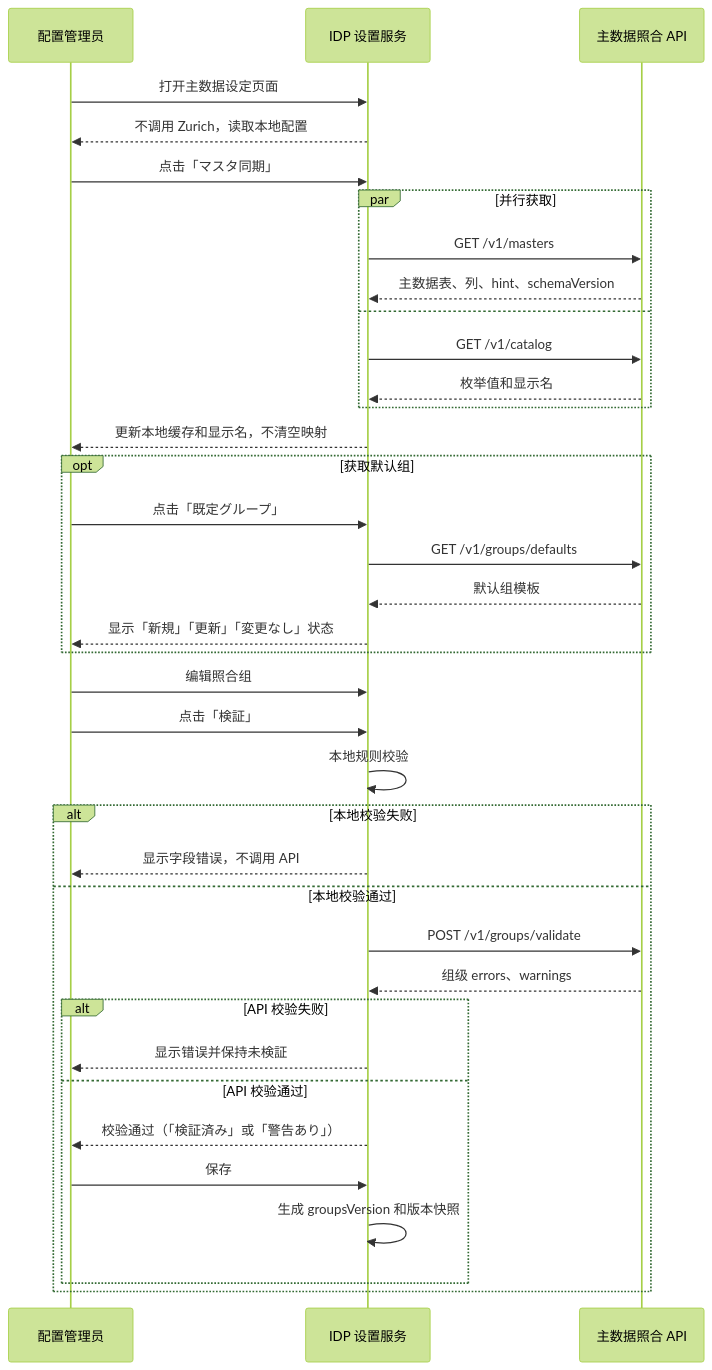
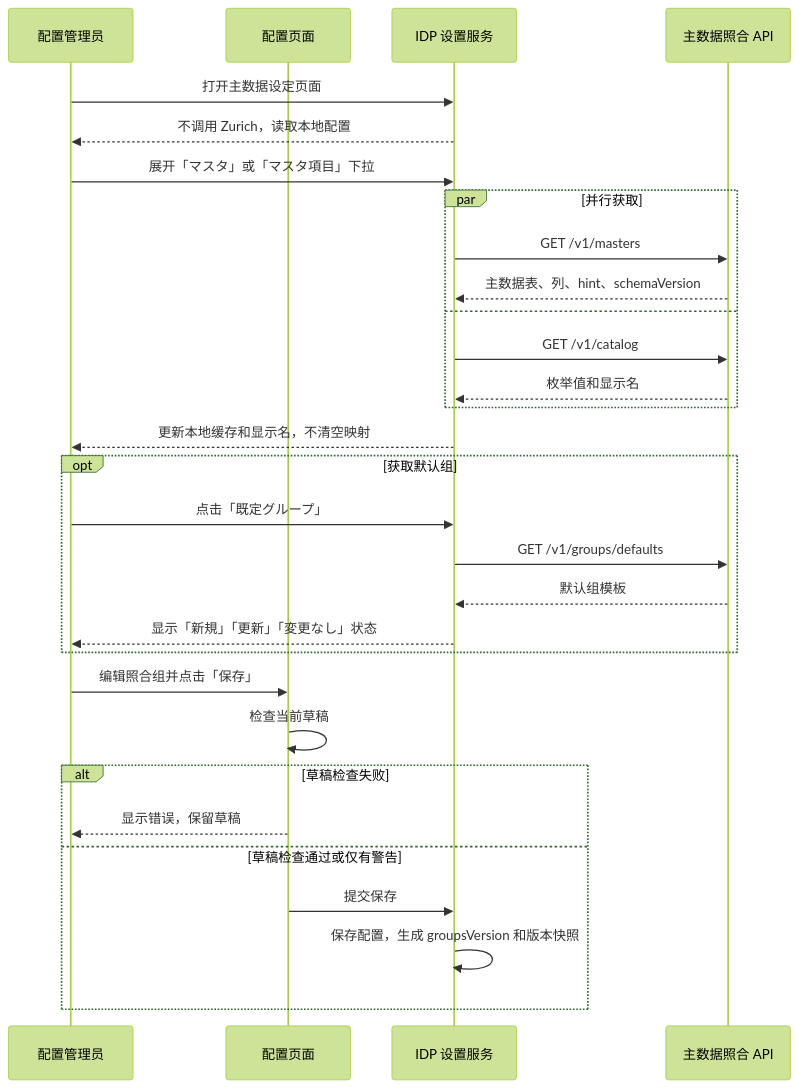
Before and after one commit to aruirage/IDP-Ph4-Master-Demo-PRD: the first of 6 diagrams in interaction-prd/NeosAI-IDP-四期需求-workspace/prd/chapter-05.md, drawn with Mermaid (forest theme). The commit also changed other lines of this file and 8 other files, not shown here.

````diff
--- a/interaction-prd/NeosAI-IDP-四期需求-workspace/prd/chapter-05.md
+++ b/interaction-prd/NeosAI-IDP-四期需求-workspace/prd/chapter-05.md
@@ -295,39 +287,32 @@
 ```mermaid
 sequenceDiagram
     participant Admin as 配置管理员
+    participant UI as 配置页面
     participant IDP as IDP 设置服务
     participant API as 主数据照合 API
     Admin->>IDP: 打开主数据设定页面
     IDP-->>Admin: 不调用 Zurich，读取本地配置
-    Admin->>IDP: 点击「マスタ同期」
+    Admin->>IDP: 展开「マスタ」或「マスタ項目」下拉
     par 并行获取
         IDP->>API: GET /v1/masters
         API-->>IDP: 主数据表、列、hint、schemaVersion
     and
         IDP->>API: GET /v1/catalog
         API-->>IDP: 枚举值和显示名
     end
     IDP-->>Admin: 更新本地缓存和显示名，不清空映射
     opt 获取默认组
         Admin->>IDP: 点击「既定グループ」
         IDP->>API: GET /v1/groups/defaults
         API-->>IDP: 默认组模板
         IDP-->>Admin: 显示「新規」「更新」「変更なし」状态
     end
-    Admin->>IDP: 编辑照合组
-        Admin->>IDP: 点击「検証」
-    IDP->>IDP: 本地规则校验
-    alt 本地校验失败
-        IDP-->>Admin: 显示字段错误，不调用 API
-    else 本地校验通过
-        IDP->>API: POST /v1/groups/validate
-        API-->>IDP: 组级 errors、warnings
-        alt API 校验失败
-            IDP-->>Admin: 显示错误并保持未検証
-        else API 校验通过
-            IDP-->>Admin: 校验通过（「検証済み」或「警告あり」）
-            Admin->>IDP: 保存
-            IDP->>IDP: 生成 groupsVersion 和版本快照
-        end
+    Admin->>UI: 编辑照合组并点击「保存」
+    UI->>UI: 检查当前草稿
+    alt 草稿检查失败
+        UI-->>Admin: 显示错误，保留草稿
+    else 草稿检查通过或仅有警告
+        UI->>IDP: 提交保存
+        IDP->>IDP: 保存配置，生成 groupsVersion 和版本快照
     end
 ```
````
